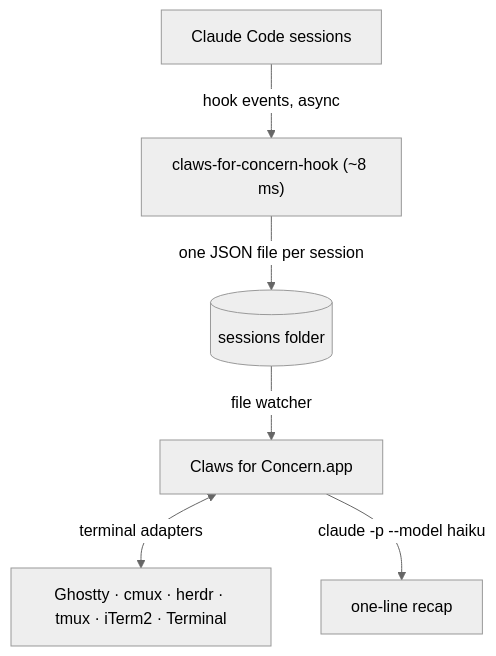
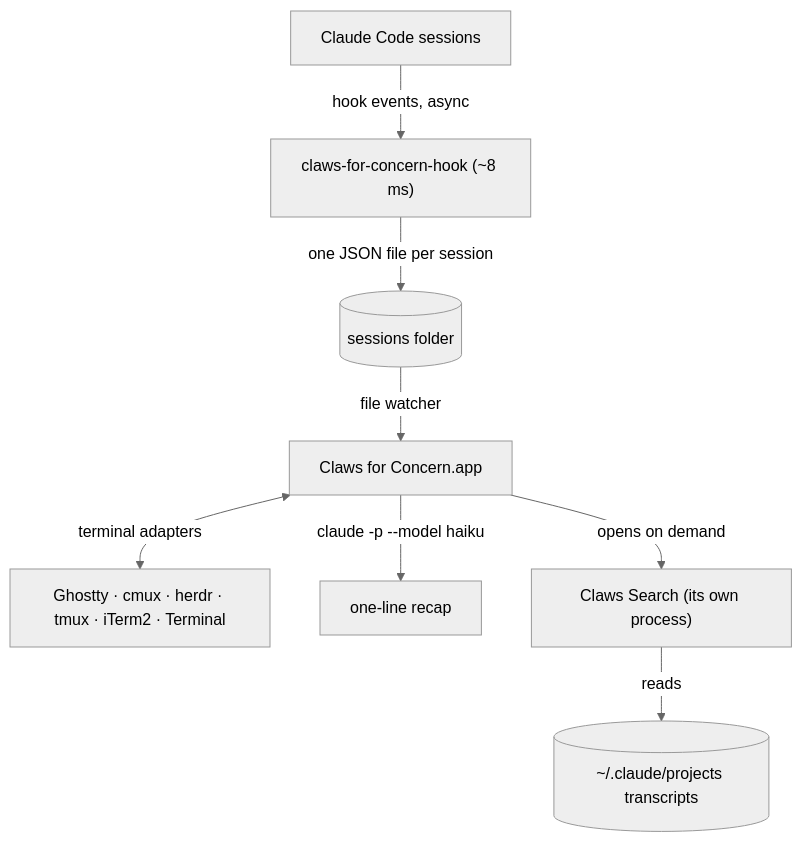
The diagram in README.md (patildhruv/claws-for-concern), drawn with Mermaid (neutral theme) before and after one commit. The commit also changed other lines of this file, not shown here.

Commit message:
README: Search Sessions and Restore

````diff
--- a/README.md
+++ b/README.md
@@ -132,8 +175,10 @@
 ```mermaid
 flowchart TB
     CC["Claude Code sessions"] -- "hook events, async" --> H["claws-for-concern-hook (~8 ms)"]
     H -- "one JSON file per session" --> S[("sessions folder")]
     S -- "file watcher" --> A["Claws for Concern.app"]
     A <-- "terminal adapters" --> G["Ghostty · cmux · herdr · tmux · iTerm2 · Terminal"]
     A -- "claude -p --model haiku" --> R["one-line recap"]
+    A -- "opens on demand" --> SR["Claws Search (its own process)"]
+    SR -- "reads" --> T[("~/.claude/projects transcripts")]
 ```
````
